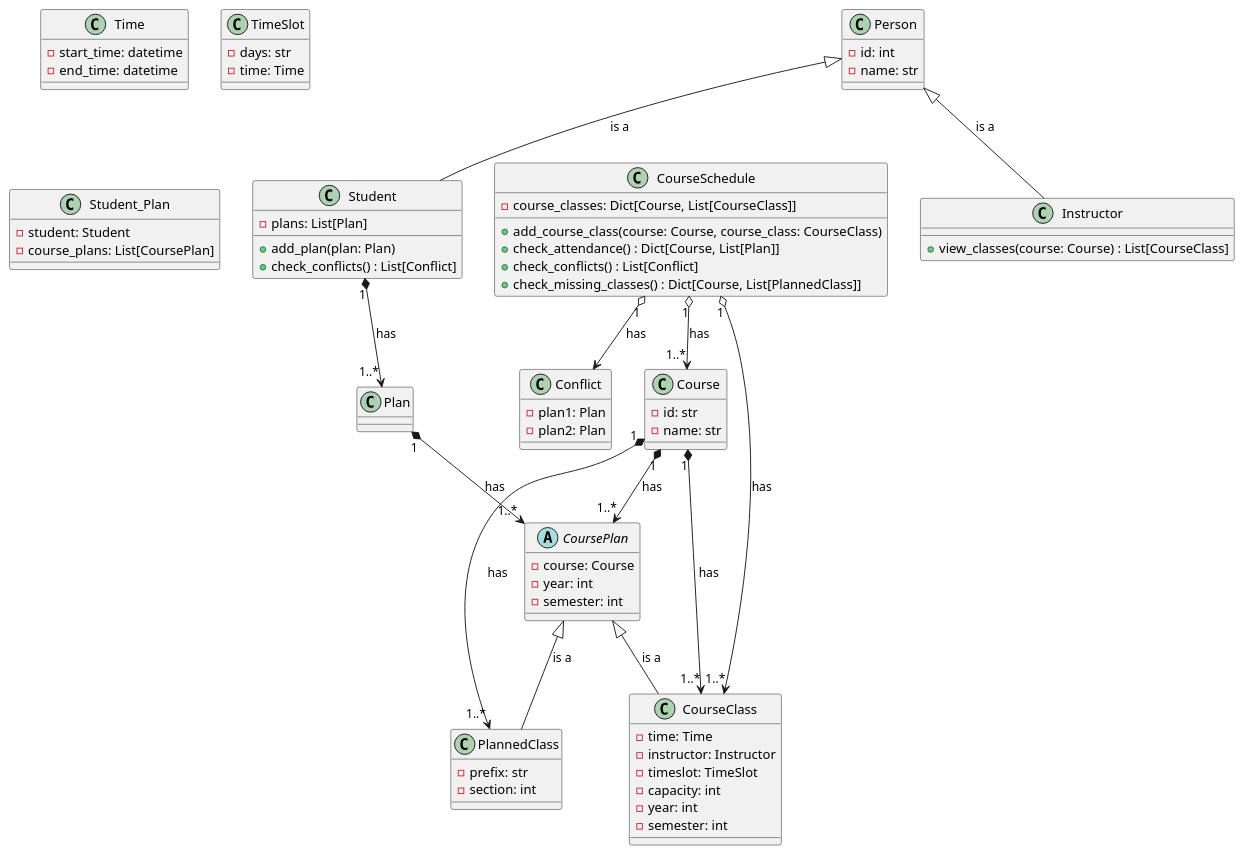
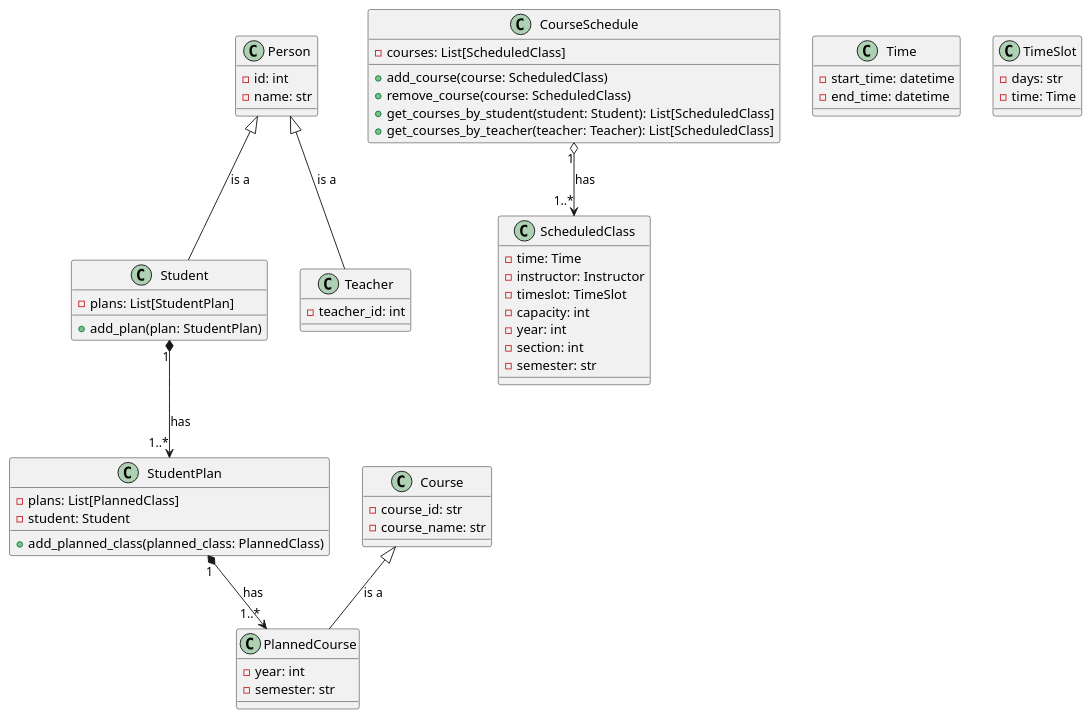
Before and after one commit to ladew222/studentcourseplanner: the diagram in uml.wsd, drawn with PlantUML.

Commit message:
loading done

```diff
--- a/uml.wsd
+++ b/uml.wsd
@@ -1,88 +1,71 @@
 @startuml
 
 class Person {
     -id: int
     -name: str
 }
 
 class Student {
-    -plans: List[Plan]
-    +add_plan(plan: Plan)
-    +check_conflicts() : List[Conflict]
+    -plans: List[StudentPlan]
+    +add_plan(plan: StudentPlan)
 }
 
-class Instructor {
-    +view_classes(course: Course) : List[CourseClass]
+class Teacher {
+    -teacher_id: int
 }
 
 class Course {
-    -id: str
-    -name: str
+    -course_id: str
+    -course_name: str
 }
 
-abstract class CoursePlan {
-    -course: Course
+class PlannedCourse {
     -year: int
-    -semester: int
+    -semester: str
 }
 
-class PlannedClass {
-    -prefix: str
-    -section: int
-}
-
-class CourseClass {
+class ScheduledClass {
     -time: Time
     -instructor: Instructor
     -timeslot: TimeSlot
     -capacity: int
     -year: int
-    -semester: int
+    -section: int
+    -semester: str
+}
+
+class CourseSchedule {
+    -courses: List[ScheduledClass]
+    +add_course(course: ScheduledClass)
+    +remove_course(course: ScheduledClass)
+    +get_courses_by_student(student: Student): List[ScheduledClass]
+    +get_courses_by_teacher(teacher: Teacher): List[ScheduledClass]
 }
 
 class Time {
     -start_time: datetime
     -end_time: datetime
 }
 
 class TimeSlot {
     -days: str
     -time: Time
 }
 
-class Student_Plan {
+class StudentPlan {
+    -plans: List[PlannedClass]
     -student: Student
-    -course_plans: List[CoursePlan]
-}
-
-class CourseSchedule {
-    -course_classes: Dict[Course, List[CourseClass]]
-    +add_course_class(course: Course, course_class: CourseClass)
-    +check_attendance() : Dict[Course, List[Plan]]
-    +check_conflicts() : List[Conflict]
-    +check_missing_classes() : Dict[Course, List[PlannedClass]]
-}
-
-class Conflict {
-    -plan1: Plan
-    -plan2: Plan
+    +add_planned_class(planned_class: PlannedClass)
 }
 
 Person <|-- Student : is a
-Person <|-- Instructor : is a
+Person <|-- Teacher : is a
 
-CoursePlan <|-- PlannedClass : is a
-CoursePlan <|-- CourseClass : is a
+Course <|-- PlannedCourse : is a
 
-Student "1" *--> "1..*" Plan : has
-Plan "1" *--> "1..*" CoursePlan : has
+Student "1" *--> "1..*" StudentPlan : has
+StudentPlan "1" *--> "1..*" PlannedCourse : has
 
-Course "1" *--> "1..*" CoursePlan : has
-Course "1" *--> "1..*" PlannedClass : has
-Course "1" *--> "1..*" CourseClass : has
-
-CourseSchedule "1" o--> "1..*" Course : has
-CourseSchedule "1" o--> "1..*" CourseClass : has
-CourseSchedule "1" o--> Conflict : has
+CourseSchedule "1" o--> "1..*" ScheduledClass : has
 
 @enduml
```
